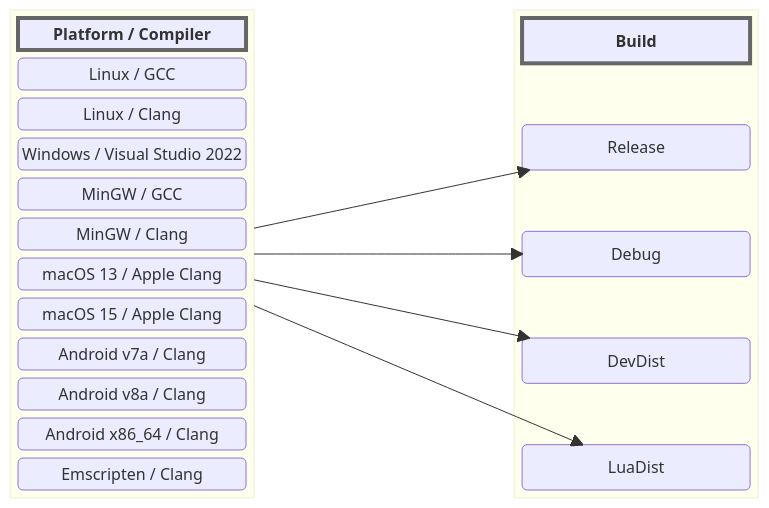
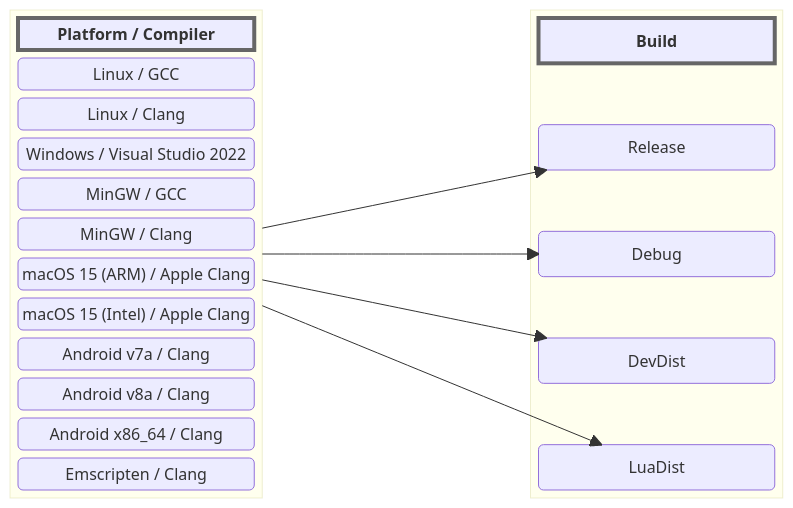
One commit to encelo/nCine_14Years_Presentation changed the fourth of 12 diagrams in slides.md. Above: the diagram before and after it, drawn with Mermaid. The commit also changed other lines of this file and 1 other file, not shown here.

````diff
--- a/slides.md
+++ b/slides.md
@@ -1724,41 +1733,41 @@
 ```mermaid {look: 'handDrawn', scale: 0.45}
 block
   block: platforms_compilers
     columns 1
     title1["<strong>Platform / Compiler</strong>"]
     combination1("Linux / GCC")
     combination2("Linux / Clang")
     combination3("Windows / Visual Studio 2022")
     combination4("MinGW / GCC")
     combination5("MinGW / Clang")
-    combination6("macOS 13 / Apple Clang")
-    combination7("macOS 15 / Apple Clang")
+    combination6("macOS 15 (ARM) / Apple Clang")
+    combination7("macOS 15 (Intel) / Apple Clang")
     combination8("Android v7a / Clang")
     combination9("Android v8a / Clang")
     combination10("Android x86_64 / Clang")
     combination11("Emscripten / Clang")
   end
 
   space
 
   block: builds
     columns 1
     title2["<strong>Build</strong>"]:1
     space
     build1("Release")
     space
     build2("Debug")
     space
     build3("DevDist")
     space
     build4("LuaDist")
   end
 
   platforms_compilers --> build1
   platforms_compilers --> build2
   platforms_compilers --> build3
   platforms_compilers --> build4
 
   style title1 stroke:#666,stroke-width:4px
   style title2 stroke:#666,stroke-width:4px
 ```
````
